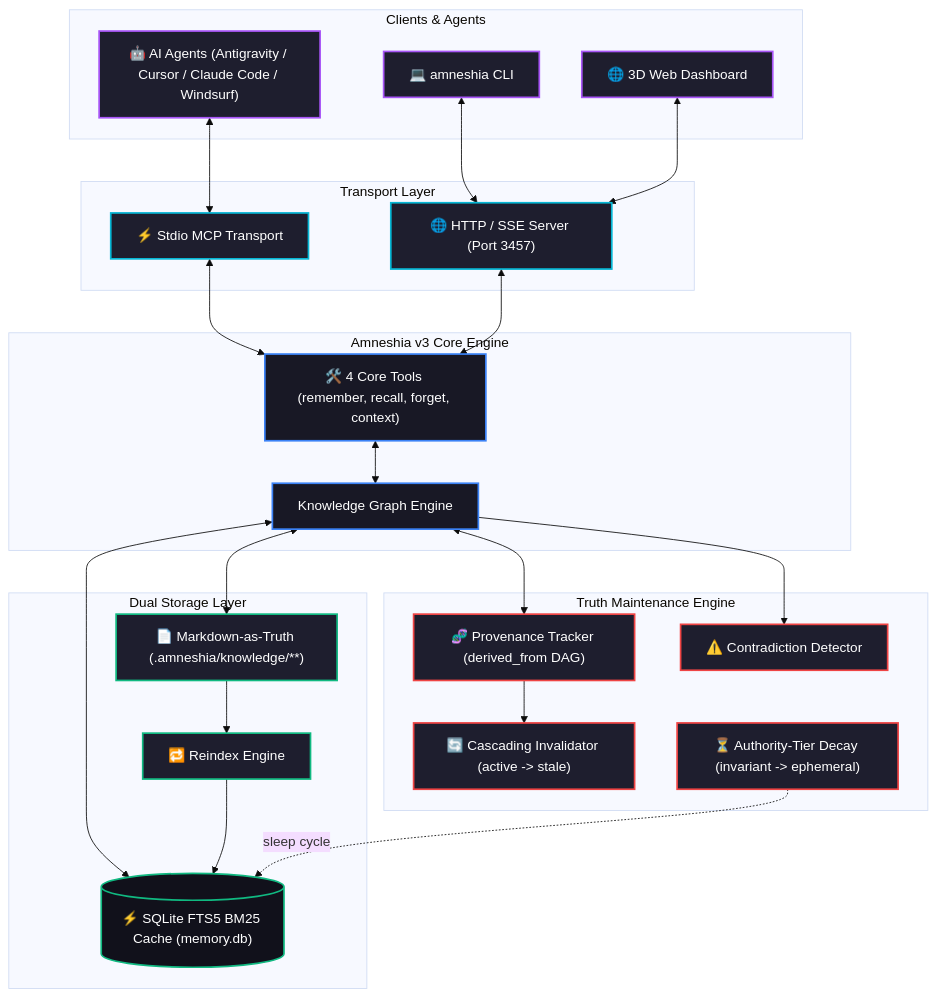
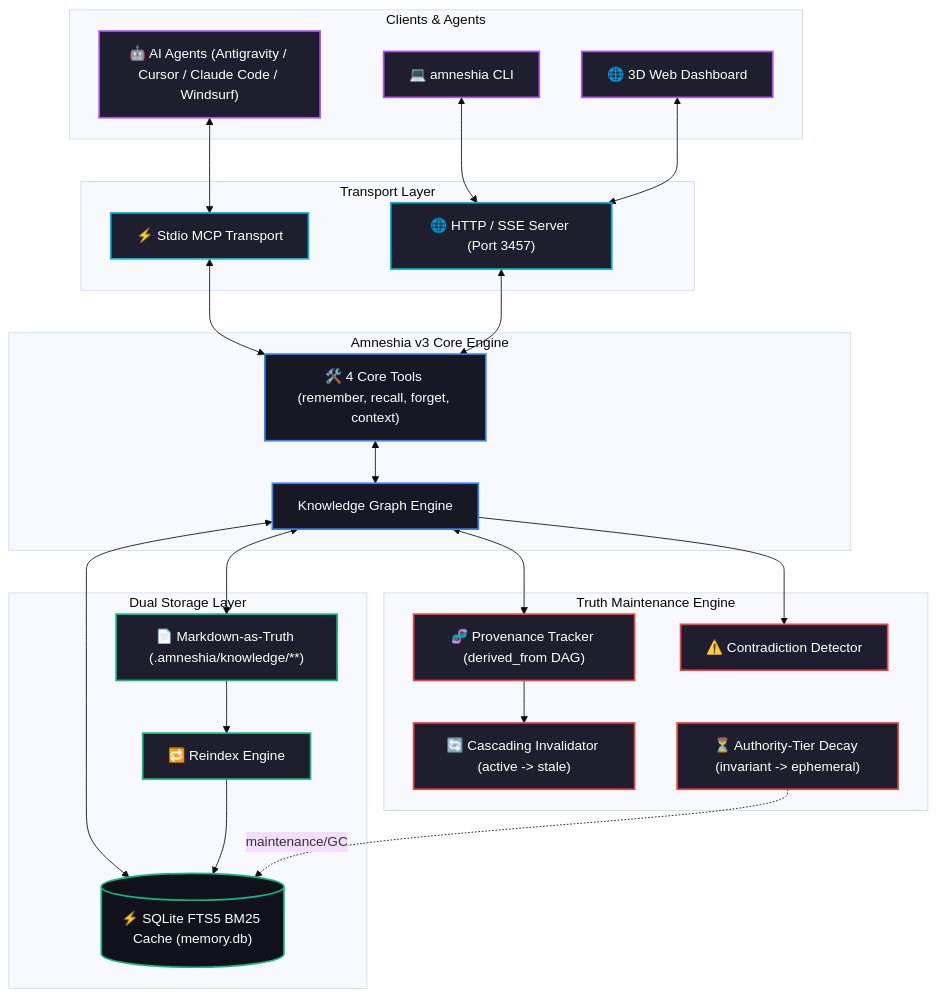
The diagram in README.md (SabilMurti/Amneshia), drawn with Mermaid (base theme) before and after one commit.

Commit message:
docs(readme): update diagram to reflect maintenance/GC

````diff
--- a/README.md
+++ b/README.md
@@ -47,53 +47,53 @@
 ```mermaid
 flowchart TB
     classDef client fill:#1e1e2e,stroke:#a855f7,stroke-width:2px,color:#fff
     classDef transport fill:#1e1e2e,stroke:#06b6d4,stroke-width:2px,color:#fff
     classDef core fill:#181825,stroke:#3b82f6,stroke-width:2px,color:#fff
     classDef storage fill:#1e1e2e,stroke:#10b981,stroke-width:2px,color:#fff
     classDef truth fill:#1e1e2e,stroke:#ef4444,stroke-width:2px,color:#fff
     classDef db fill:#11111b,stroke:#10b981,stroke-width:2px,color:#fff
 
     subgraph Clients ["Clients & Agents"]
         Agent["🤖 AI Agents (Antigravity / Cursor / Claude Code / Windsurf)"]:::client
         CLI["💻 amneshia CLI"]:::client
         Browser["🌐 3D Web Dashboard"]:::client
     end
 
     subgraph Transport ["Transport Layer"]
         Stdio["⚡ Stdio MCP Transport"]:::transport
         HTTP["🌐 HTTP / SSE Server (Port 3457)"]:::transport
     end
 
     subgraph Core ["Amneshia v3 Core Engine"]
         Tools["🛠️ 4 Core Tools (remember, recall, forget, context)"]:::core
         Graph["Knowledge Graph Engine"]:::core
     end
 
     subgraph Truth ["Truth Maintenance Engine"]
         Provenance["🧬 Provenance Tracker (derived_from DAG)"]:::truth
         Contradiction["⚠️ Contradiction Detector"]:::truth
         Cascade["🔄 Cascading Invalidator (active -> stale)"]:::truth
         Decay["⏳ Authority-Tier Decay (invariant -> ephemeral)"]:::truth
     end
 
     subgraph Storage ["Dual Storage Layer"]
         MdStore["📄 Markdown-as-Truth (.amneshia/knowledge/**)"]:::storage
         SQLite[("⚡ SQLite FTS5 BM25 Cache (memory.db)")]:::db
         Reindex["🔁 Reindex Engine"]:::storage
     end
 
     Agent <--> Stdio
     CLI <--> HTTP
     Browser <--> HTTP
     Stdio <--> Tools
     HTTP <--> Tools
     Tools <--> Graph
     Graph <--> Provenance
     Graph --> Contradiction
     Provenance --> Cascade
     Graph <--> MdStore
     Graph <--> SQLite
     MdStore --> Reindex
     Reindex --> SQLite
-    Decay -.->|sleep cycle| SQLite
+    Decay -.->|maintenance/GC| SQLite
 ```
````
